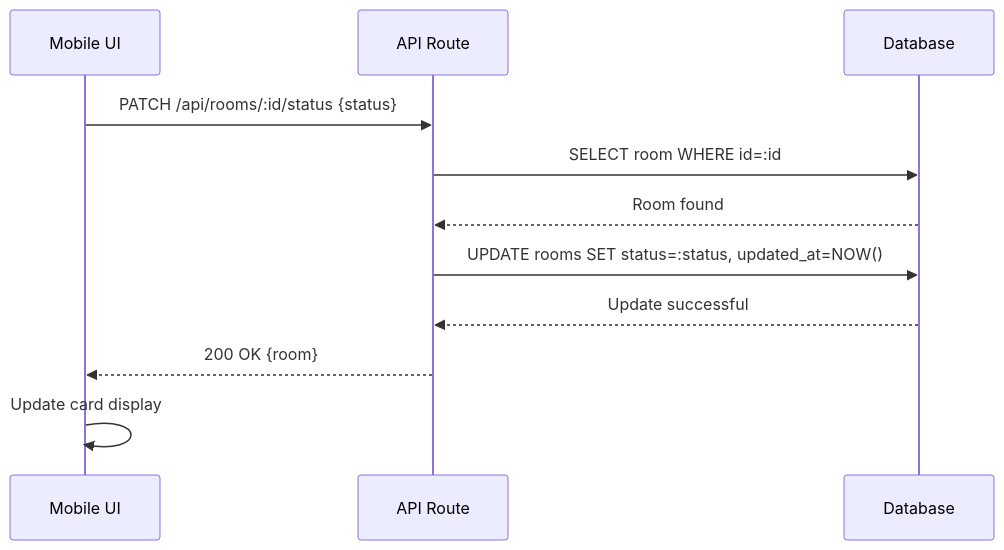
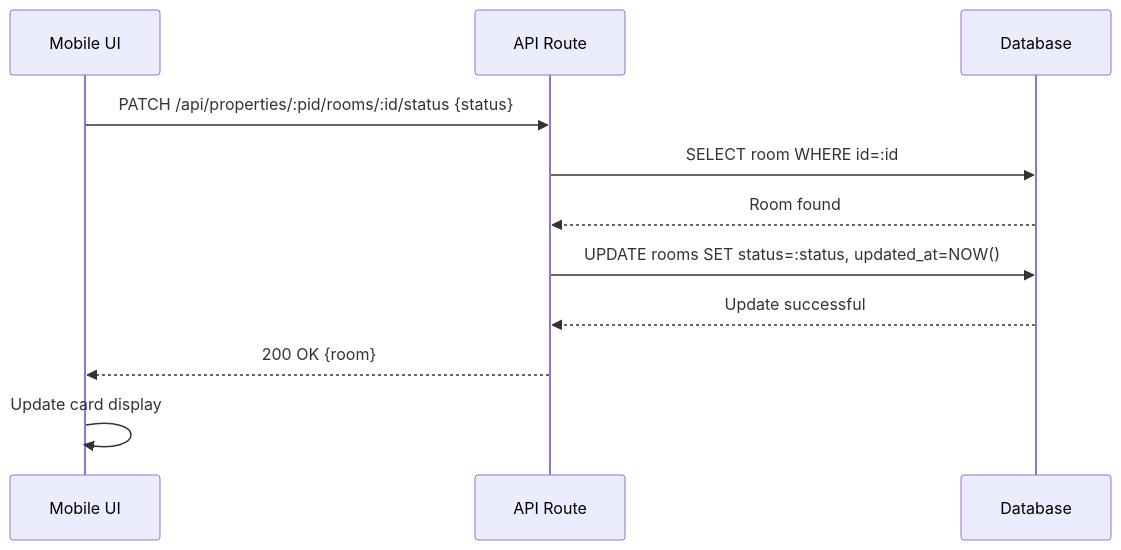
The fourth of 5 diagrams in specs/room-inventory-management/design.md (ahmadfadhil621/e-kost), drawn with Mermaid before and after one commit. The commit also changed other lines of this file and 14 other files, not shown here.

````diff
--- a/specs/room-inventory-management/design.md
+++ b/specs/room-inventory-management/design.md
@@ -81,14 +81,14 @@
 ```mermaid
 sequenceDiagram
     participant UI as Mobile UI
     participant API as API Route
     participant DB as Database
     
-    UI->>API: PATCH /api/rooms/:id/status {status}
+    UI->>API: PATCH /api/properties/:pid/rooms/:id/status {status}
     API->>DB: SELECT room WHERE id=:id
     DB-->>API: Room found
     API->>DB: UPDATE rooms SET status=:status, updated_at=NOW()
     DB-->>API: Update successful
     API-->>UI: 200 OK {room}
     UI->>UI: Update card display
 ```
````
